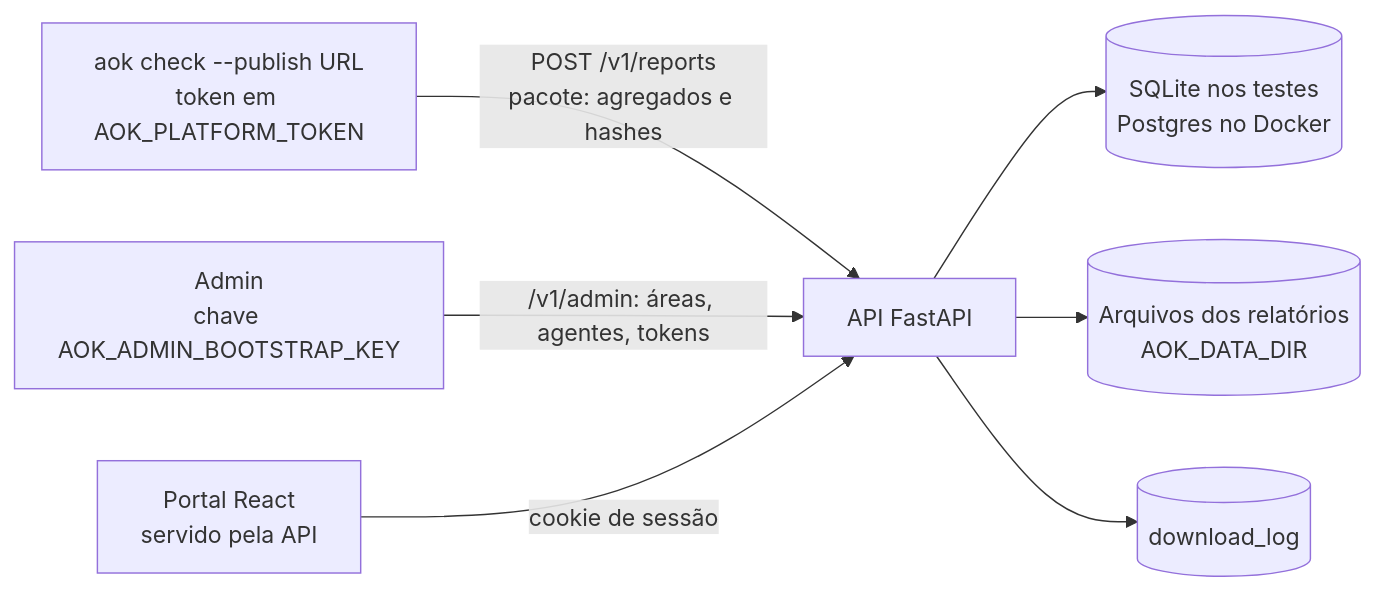
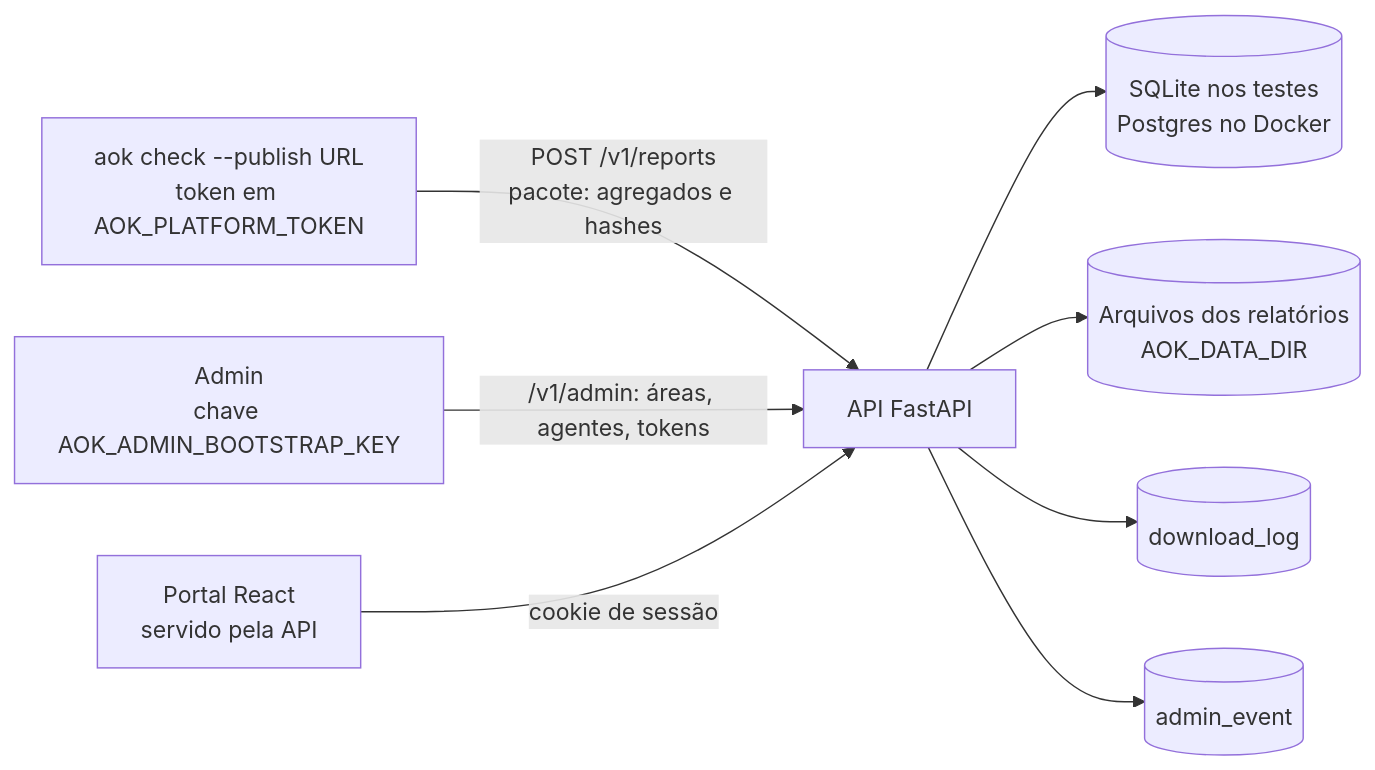
The second of 2 diagrams in docs/arquitetura.md (Athurgomes/Agent-Ops-Kit), drawn with Mermaid before and after one commit. The commit also changed other lines of this file and 1 other file, not shown here.

````diff
--- a/docs/arquitetura.md
+++ b/docs/arquitetura.md
@@ -48,9 +48,10 @@
 ```mermaid
 flowchart LR
     CK[aok check --publish URL<br/>token em AOK_PLATFORM_TOKEN] -->|POST /v1/reports<br/>pacote: agregados e hashes| API[API FastAPI]
     AD[Admin<br/>chave AOK_ADMIN_BOOTSTRAP_KEY] -->|/v1/admin: áreas, agentes, tokens| API
     API --> DB[(SQLite nos testes<br/>Postgres no Docker)]
     API --> FS[(Arquivos dos relatórios<br/>AOK_DATA_DIR)]
     PO[Portal React<br/>servido pela API] -->|cookie de sessão| API
     API --> DL[(download_log)]
+    API --> AE[(admin_event)]
 ```
````
